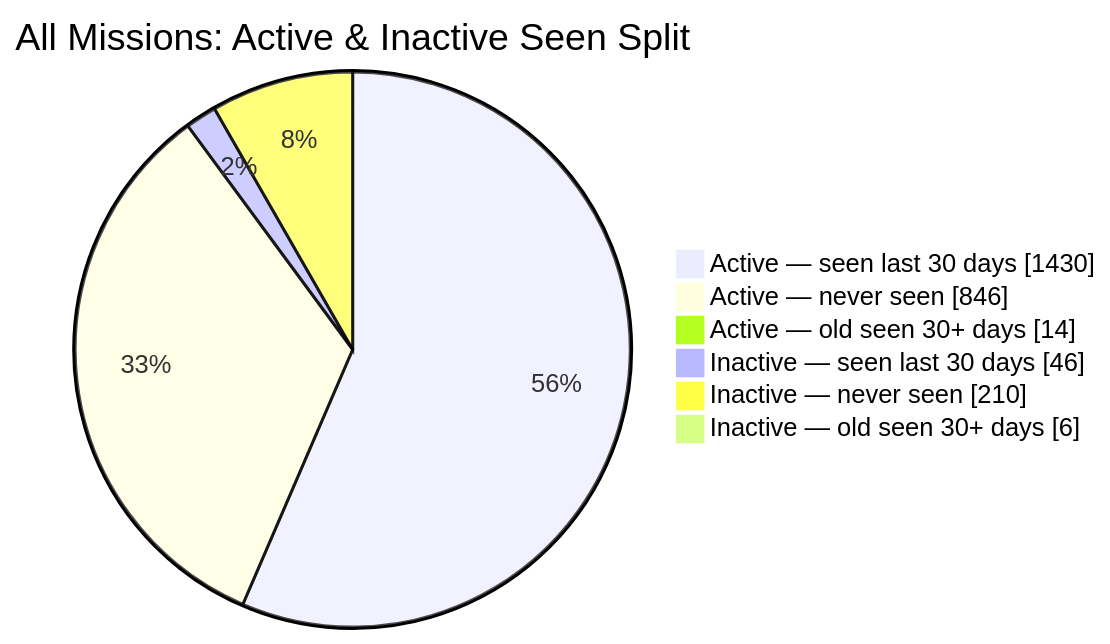
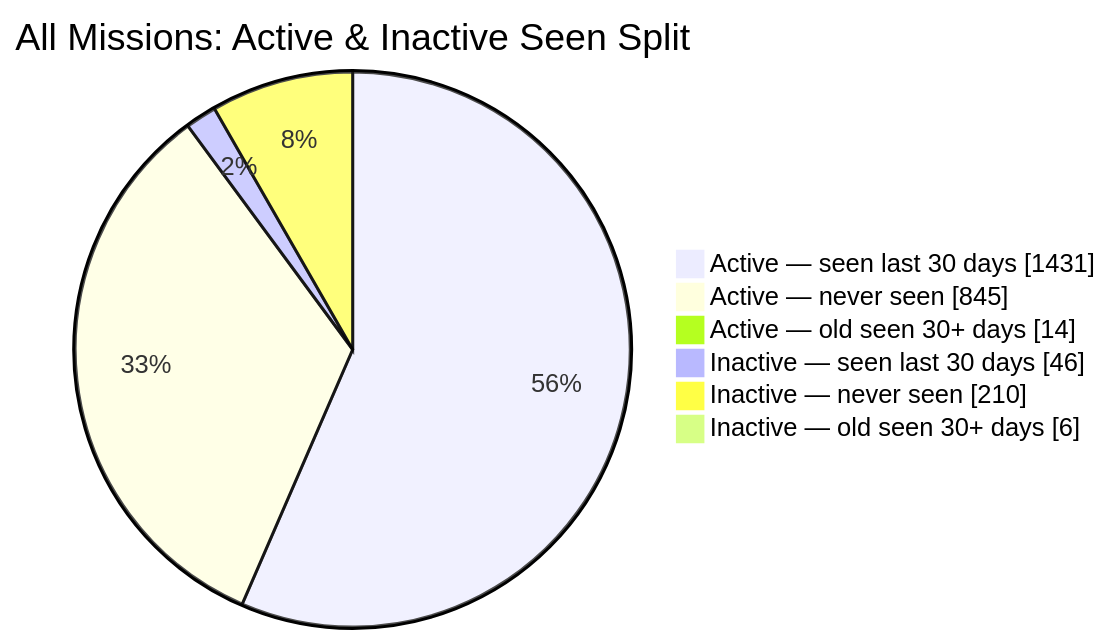
One commit to MeldkamerspelGameTeam/active-missions changed the second of 2 diagrams in README.md. Above: the diagram before and after it, drawn with Mermaid. The commit also changed other lines of this file and 2 other files, not shown here.

````diff
--- a/README.md
+++ b/README.md
@@ -44,10 +44,10 @@
 ```mermaid
 pie showData
     title All Missions: Active & Inactive Seen Split
-    "Active — seen last 30 days" : 1430
-    "Active — never seen" : 846
+    "Active — seen last 30 days" : 1431
+    "Active — never seen" : 845
     "Active — old seen 30+ days" : 14
     "Inactive — seen last 30 days" : 46
     "Inactive — never seen" : 210
     "Inactive — old seen 30+ days" : 6
 ```
````
